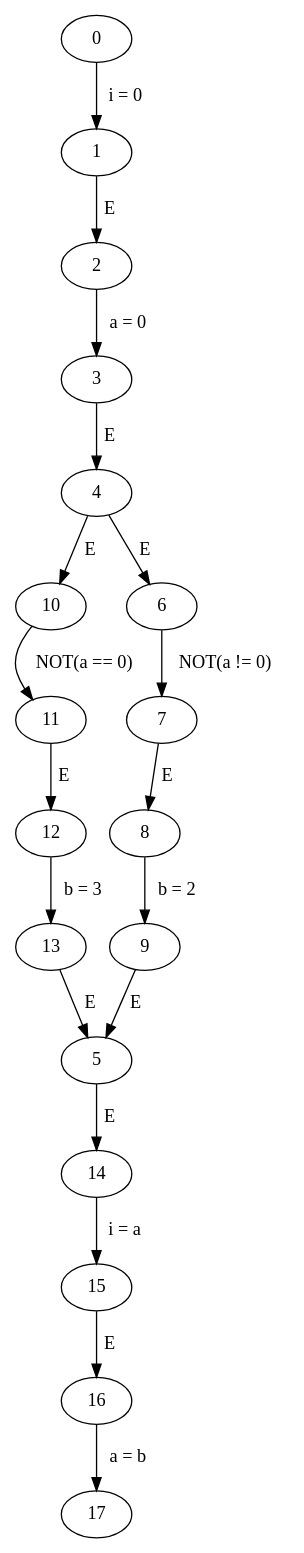
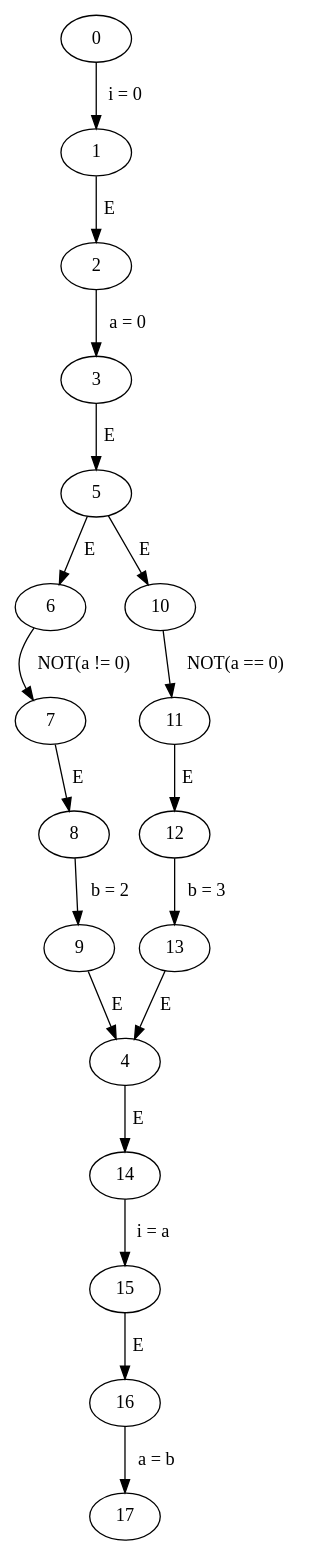
The diagram in code/graphs/if_NOT/if_NOT.gv (Harman309/project6), drawn with Graphviz before and after one commit. The commit also changed 6 other files, not shown here.

```diff
--- a/code/graphs/if_NOT/if_NOT.gv
+++ b/code/graphs/if_NOT/if_NOT.gv
@@ -1,21 +1,21 @@
 // if_NOT
 digraph {
+	14 -> 15 [label=" i = a "]
+	3 -> 5 [label=" E "]
+	7 -> 8 [label=" E "]
+	11 -> 12 [label=" E "]
+	1 -> 2 [label=" E "]
+	8 -> 9 [label=" b = 2 "]
+	6 -> 7 [label=" NOT(a != 0) "]
+	12 -> 13 [label=" b = 3 "]
+	4 -> 14 [label=" E "]
+	2 -> 3 [label=" a = 0 "]
+	15 -> 16 [label=" E "]
+	13 -> 4 [label=" E "]
+	9 -> 4 [label=" E "]
+	5 -> 10 [label=" E "]
+	0 -> 1 [label=" i = 0 "]
+	16 -> 17 [label=" a = b "]
+	5 -> 6 [label=" E "]
 	10 -> 11 [label=" NOT(a == 0) "]
-	4 -> 6 [label=" E "]
-	0 -> 1 [label=" i = 0 "]
-	9 -> 5 [label=" E "]
-	11 -> 12 [label=" E "]
-	5 -> 14 [label=" E "]
-	8 -> 9 [label=" b = 2 "]
-	15 -> 16 [label=" E "]
-	7 -> 8 [label=" E "]
-	16 -> 17 [label=" a = b "]
-	14 -> 15 [label=" i = a "]
-	6 -> 7 [label=" NOT(a != 0) "]
-	13 -> 5 [label=" E "]
-	3 -> 4 [label=" E "]
-	1 -> 2 [label=" E "]
-	2 -> 3 [label=" a = 0 "]
-	12 -> 13 [label=" b = 3 "]
-	4 -> 10 [label=" E "]
 }
```
